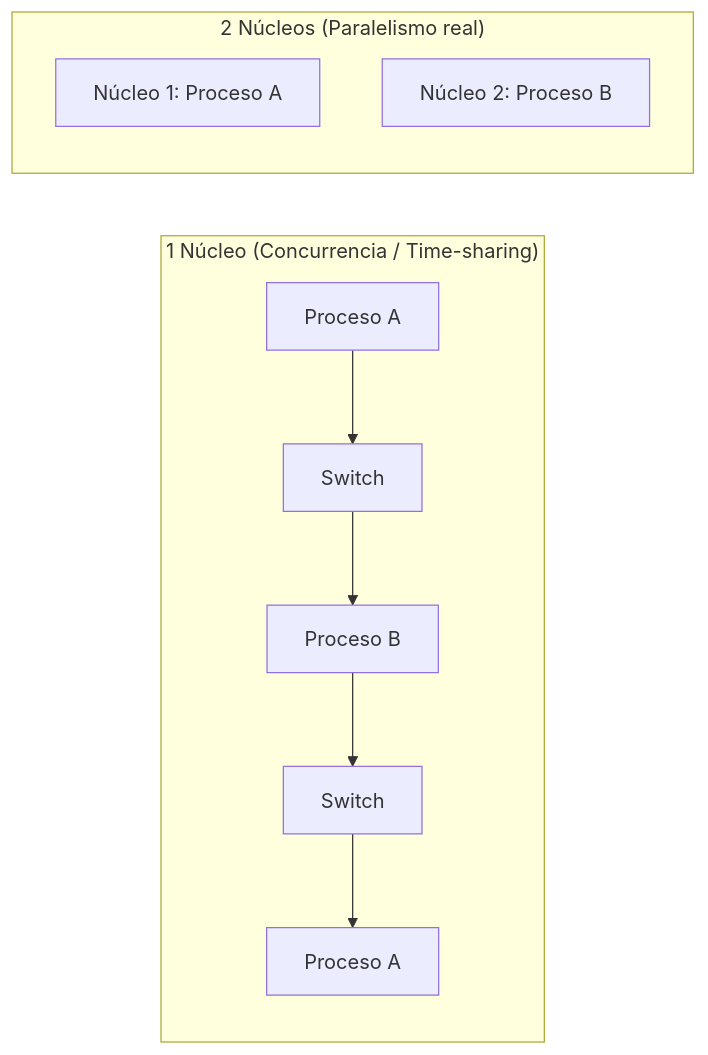
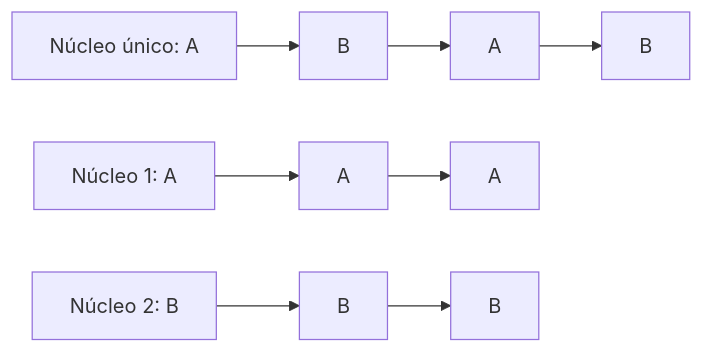
One commit to EstebanKiito/my-brain changed the diagram in Sistemas Operativos y Redes/01-Estructura de sistemas operativos/07 - Multitasking y fundamentos de multiprocesamiento.md. Above: the diagram before and after it, drawn with Mermaid. The commit also changed other lines of this file and 1 other file, not shown here.

````diff
--- a/Sistemas Operativos y Redes/01-Estructura de sistemas operativos/07 - Multitasking y fundamentos de multiprocesamiento.md
+++ b/Sistemas Operativos y Redes/01-Estructura de sistemas operativos/07 - Multitasking y fundamentos de multiprocesamiento.md
@@ -33,10 +52,6 @@
 ```mermaid
 flowchart LR
-  subgraph UnCore["1 Núcleo (Concurrencia / Time-sharing)"]
-    P1["Proceso A"] --> S["Switch"] --> P2["Proceso B"] --> S2["Switch"] --> P1B["Proceso A"]
-  end
-  subgraph MultiCore["2 Núcleos (Paralelismo real)"]
-    CPU1["Núcleo 1: Proceso A"]
-    CPU2["Núcleo 2: Proceso B"]
-  end
+  A1["Núcleo único: A"] --> B1["B"] --> A2["A"] --> B2["B"]
+  C1["Núcleo 1: A"] --> C2["A"] --> C3["A"]
+  D1["Núcleo 2: B"] --> D2["B"] --> D3["B"]
 ```
````
